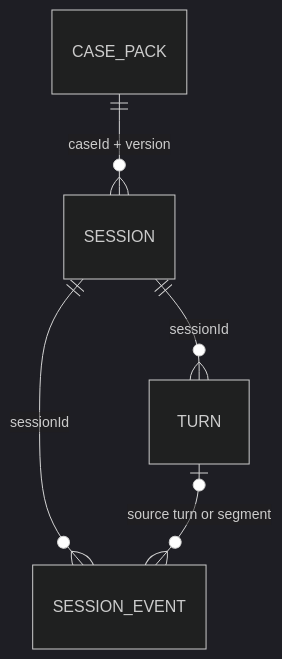
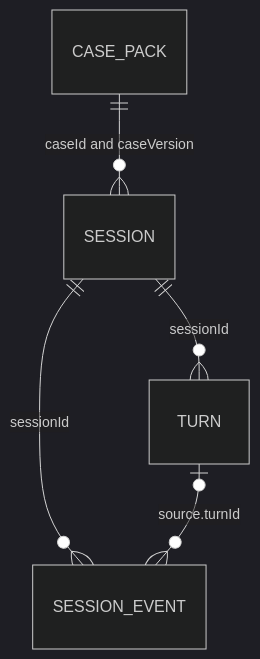
The diagram in architecture/data-model.md (Sayyam2911/voice-native-mystery), drawn with Mermaid (dark theme) before and after one commit. The commit also changed other lines of this file and 7 other files, not shown here.

Commit message:
Record architecture implementation checkpoint

````diff
--- a/architecture/data-model.md
+++ b/architecture/data-model.md
@@ -14,7 +17,7 @@
 ```mermaid
 erDiagram
-    CASE_PACK ||--o{ SESSION : "caseId + version"
-    SESSION ||--o{ TURN : "sessionId"
-    SESSION ||--o{ SESSION_EVENT : "sessionId"
-    TURN |o--o{ SESSION_EVENT : "source turn or segment"
+    CASE_PACK ||--o{ SESSION : "caseId and caseVersion"
+    SESSION ||--o{ TURN : sessionId
+    SESSION ||--o{ SESSION_EVENT : sessionId
+    TURN |o--o{ SESSION_EVENT : "source.turnId"
 ```
````
